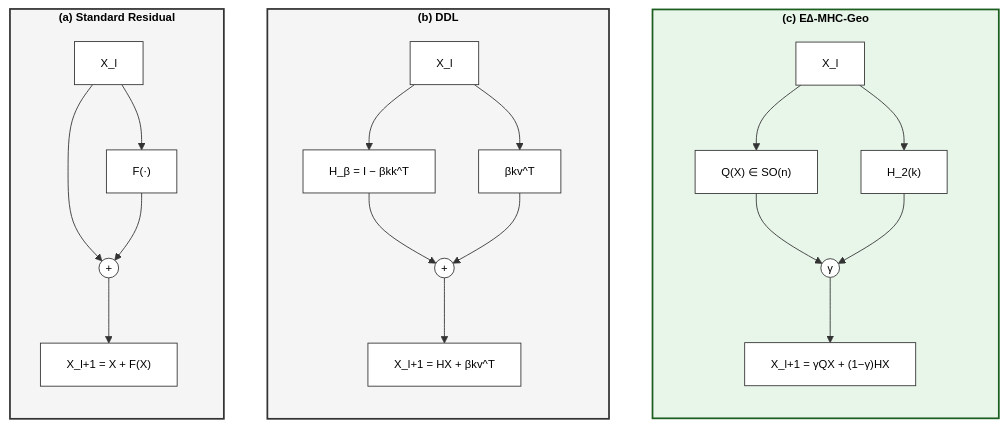
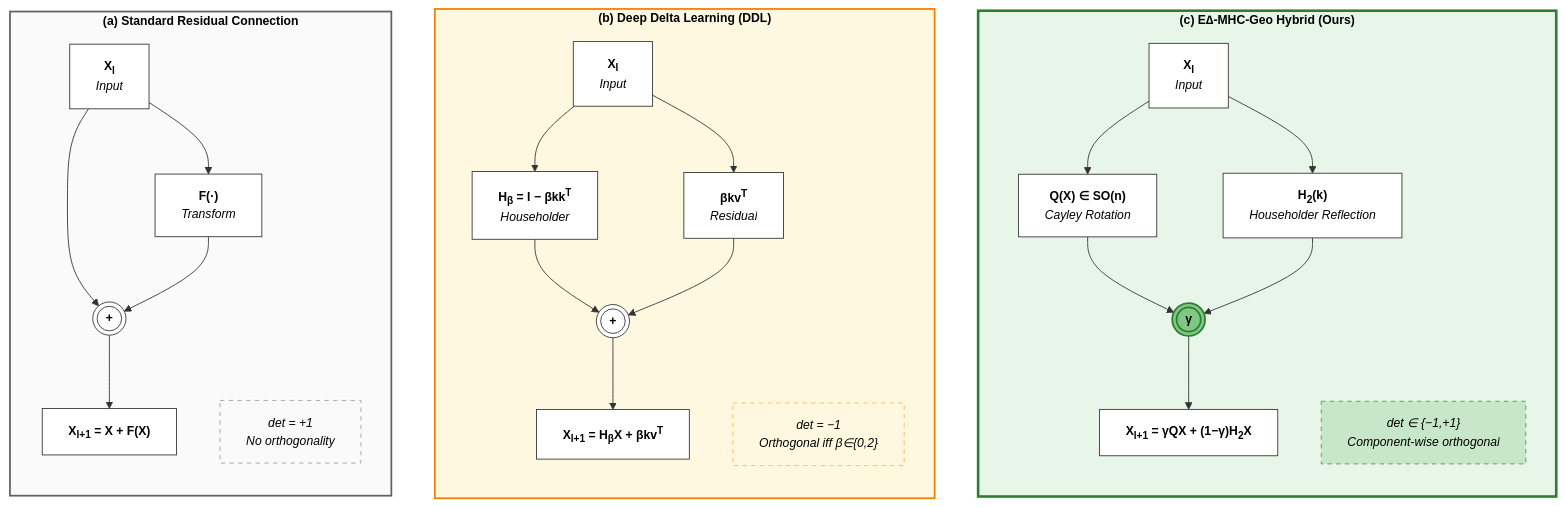
One commit to arash-shahmansoori/edelta changed the first of 10 diagrams in docs/RESEARCH.md. Above: the diagram before and after it, drawn with Mermaid. The commit also changed other lines of this file and 4 other files, not shown here.

First line of the commit message:
Enhance RESEARCH.md with publication-quality diagrams and sequential figure numbering

````diff
--- a/docs/RESEARCH.md
+++ b/docs/RESEARCH.md
@@ -54,35 +54,42 @@
 ```mermaid
-%%{init: {'theme': 'base', 'themeVariables': { 'primaryColor': '#ffffff', 'primaryTextColor': '#000000', 'primaryBorderColor': '#333333', 'lineColor': '#333333', 'fontSize': '13px', 'fontFamily': 'Arial, Helvetica, sans-serif'}}}%%
+%%{init: {'theme': 'base', 'themeVariables': { 'primaryColor': '#ffffff', 'primaryTextColor': '#000000', 'primaryBorderColor': '#333333', 'lineColor': '#333333', 'fontSize': '14px', 'fontFamily': 'Georgia, Times New Roman, serif'}}}%%
 flowchart LR
-    subgraph A["<b>(a) Standard Residual</b>"]
+    subgraph A["<b>(a) Standard Residual Connection</b>"]
         direction TB
-        A1["X_l"] --> A2["F(·)"]
-        A1 --> A3(("+"))
+        A1["<b>X<sub>l</sub></b><br/><i>Input</i>"] --> A2["<b>F(·)</b><br/><i>Transform</i>"]
+        A1 --> A3((("<b>+</b>")))
         A2 --> A3
-        A3 --> A4["X_l+1 = X + F(X)"]
+        A3 --> A4["<b>X<sub>l+1</sub> = X + F(X)</b>"]
+        A5["<i>det = +1</i><br/><i>No orthogonality</i>"]
     end
     
-    subgraph B["<b>(b) DDL</b>"]
+    subgraph B["<b>(b) Deep Delta Learning (DDL)</b>"]
         direction TB
-        B1["X_l"] --> B2["H_β = I − βkk^T"]
-        B1 --> B3["βkv^T"]
-        B2 --> B4(("+"))
+        B1["<b>X<sub>l</sub></b><br/><i>Input</i>"] --> B2["<b>H<sub>β</sub> = I − βkk<sup>T</sup></b><br/><i>Householder</i>"]
+        B1 --> B3["<b>βkv<sup>T</sup></b><br/><i>Residual</i>"]
+        B2 --> B4((("<b>+</b>")))
         B3 --> B4
-        B4 --> B5["X_l+1 = HX + βkv^T"]
+        B4 --> B5["<b>X<sub>l+1</sub> = H<sub>β</sub>X + βkv<sup>T</sup></b>"]
+        B6["<i>det = −1</i><br/><i>Orthogonal iff β∈{0,2}</i>"]
     end
     
-    subgraph C["<b>(c) E∆-MHC-Geo</b>"]
+    subgraph C["<b>(c) E∆-MHC-Geo Hybrid (Ours)</b>"]
         direction TB
-        C1["X_l"] --> C2["Q(X) ∈ SO(n)"]
-        C1 --> C3["H_2(k)"]
-        C2 --> C5(("γ"))
+        C1["<b>X<sub>l</sub></b><br/><i>Input</i>"] --> C2["<b>Q(X) ∈ SO(n)</b><br/><i>Cayley Rotation</i>"]
+        C1 --> C3["<b>H<sub>2</sub>(k)</b><br/><i>Householder Reflection</i>"]
+        C2 --> C5((("<b>γ</b>")))
         C3 --> C5
-        C5 --> C6["X_l+1 = γQX + (1−γ)HX"]
+        C5 --> C6["<b>X<sub>l+1</sub> = γQX + (1−γ)H<sub>2</sub>X</b>"]
+        C7["<i>det ∈ {−1,+1}</i><br/><i>Component-wise orthogonal</i>"]
     end
     
     A ~~~ B ~~~ C
     
-    style A fill:#f5f5f5,stroke:#333333,stroke-width:2px
-    style B fill:#f5f5f5,stroke:#333333,stroke-width:2px
-    style C fill:#e8f5e9,stroke:#1b5e20,stroke-width:2px
+    style A fill:#fafafa,stroke:#616161,stroke-width:2px
+    style B fill:#fff8e1,stroke:#f57c00,stroke-width:2px
+    style C fill:#e8f5e9,stroke:#2e7d32,stroke-width:3px
+    style A5 fill:#fafafa,stroke:#9e9e9e,stroke-width:1px,stroke-dasharray: 5 5
+    style B6 fill:#fff8e1,stroke:#ffb74d,stroke-width:1px,stroke-dasharray: 5 5
+    style C7 fill:#c8e6c9,stroke:#43a047,stroke-width:1px,stroke-dasharray: 5 5
+    style C5 fill:#81c784,stroke:#2e7d32,stroke-width:2px
 ```
````
